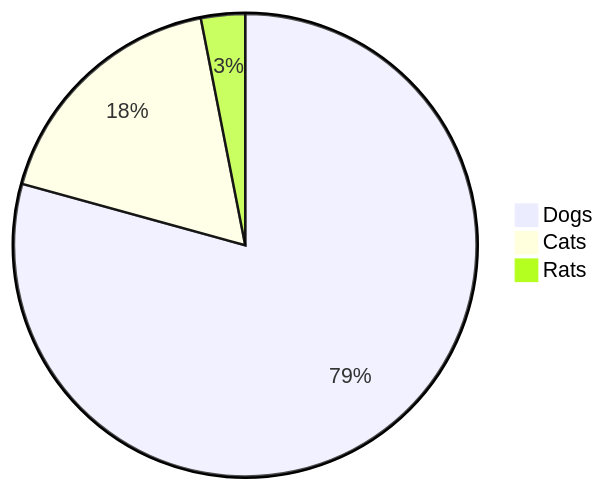
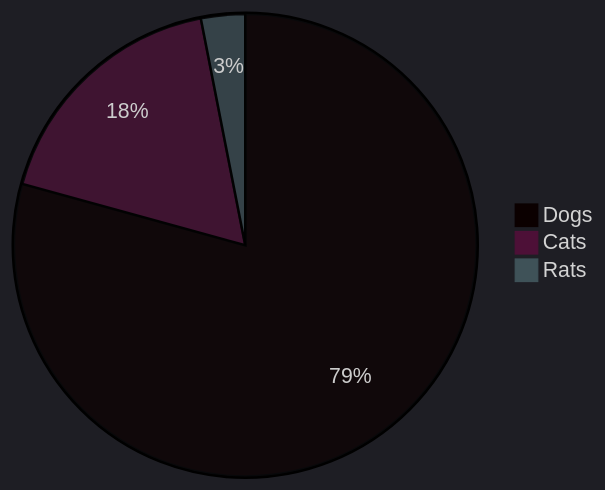
One commit to svkaizoku/github-tasks changed the second of 6 diagrams in movie/backstage/docs/index.md. Above: the diagram before and after it, drawn with Mermaid.

````diff
--- a/movie/backstage/docs/index.md
+++ b/movie/backstage/docs/index.md
@@ -11,6 +11,7 @@
 ```mermaid
+%%{init: {'theme':'dark'}}%%
 pie
 "Dogs" : 386
 "Cats" : 85.9
 "Rats" : 15
 ```
````
